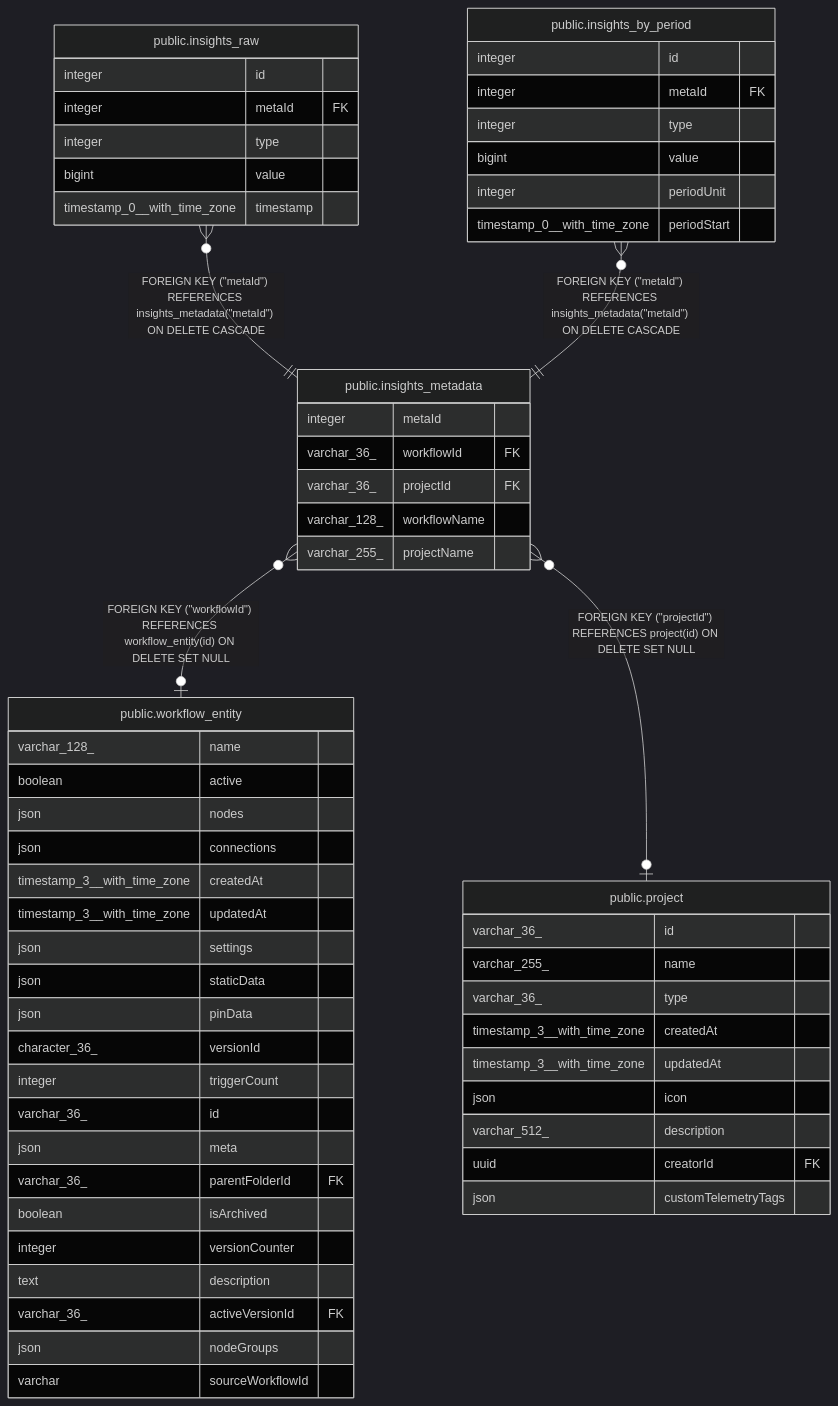
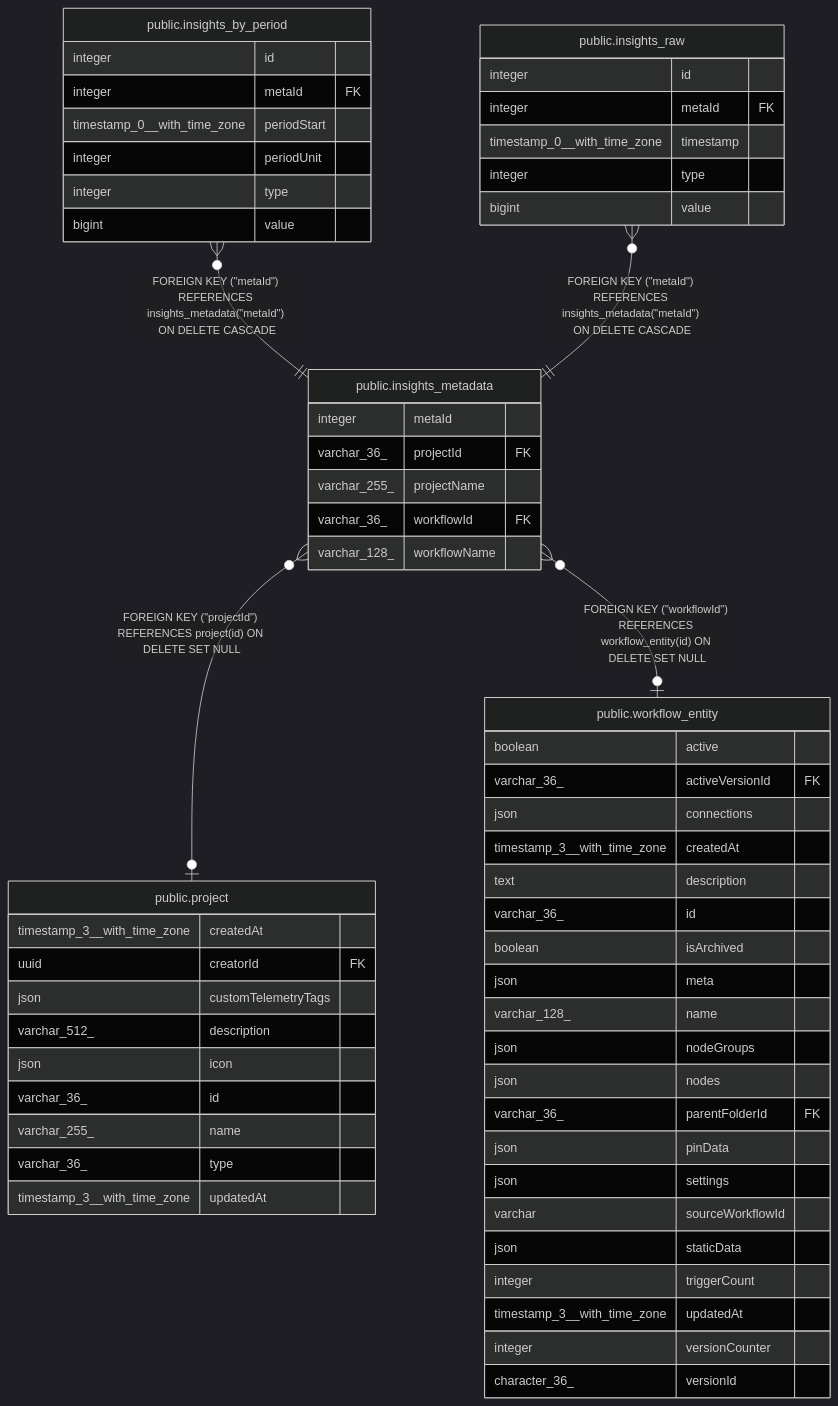
The diagram in docs/generated/postgres-schema/public.insights_metadata.md (mayankjain1815-commits/n8n), drawn with Mermaid (dark theme) before and after one commit. The commit also changed other lines of this file and 221 other files, not shown here.

Commit message:
chore(core): Make DB schema docs generation deterministic (#32373)

````diff
--- a/docs/generated/postgres-schema/public.insights_metadata.md
+++ b/docs/generated/postgres-schema/public.insights_metadata.md
@@ -33,64 +33,64 @@
 ```mermaid
 erDiagram
 
+"public.insights_by_period" }o--|| "public.insights_metadata" : "FOREIGN KEY (#quot;metaId#quot;) REFERENCES insights_metadata(#quot;metaId#quot;) ON DELETE CASCADE"
 "public.insights_raw" }o--|| "public.insights_metadata" : "FOREIGN KEY (#quot;metaId#quot;) REFERENCES insights_metadata(#quot;metaId#quot;) ON DELETE CASCADE"
-"public.insights_by_period" }o--|| "public.insights_metadata" : "FOREIGN KEY (#quot;metaId#quot;) REFERENCES insights_metadata(#quot;metaId#quot;) ON DELETE CASCADE"
+"public.insights_metadata" }o--o| "public.project" : "FOREIGN KEY (#quot;projectId#quot;) REFERENCES project(id) ON DELETE SET NULL"
 "public.insights_metadata" }o--o| "public.workflow_entity" : "FOREIGN KEY (#quot;workflowId#quot;) REFERENCES workflow_entity(id) ON DELETE SET NULL"
-"public.insights_metadata" }o--o| "public.project" : "FOREIGN KEY (#quot;projectId#quot;) REFERENCES project(id) ON DELETE SET NULL"
 
 "public.insights_metadata" {
   integer metaId
+  varchar_36_ projectId FK
+  varchar_255_ projectName
   varchar_36_ workflowId FK
-  varchar_36_ projectId FK
   varchar_128_ workflowName
-  varchar_255_ projectName
+}
+"public.insights_by_period" {
+  integer id
+  integer metaId FK
+  timestamp_0__with_time_zone periodStart
+  integer periodUnit
+  integer type
+  bigint value
 }
 "public.insights_raw" {
   integer id
   integer metaId FK
+  timestamp_0__with_time_zone timestamp
   integer type
   bigint value
-  timestamp_0__with_time_zone timestamp
-}
-"public.insights_by_period" {
-  integer id
-  integer metaId FK
-  integer type
-  bigint value
-  integer periodUnit
-  timestamp_0__with_time_zone periodStart
-}
-"public.workflow_entity" {
-  varchar_128_ name
-  boolean active
-  json nodes
-  json connections
-  timestamp_3__with_time_zone createdAt
-  timestamp_3__with_time_zone updatedAt
-  json settings
-  json staticData
-  json pinData
-  character_36_ versionId
-  integer triggerCount
-  varchar_36_ id
-  json meta
-  varchar_36_ parentFolderId FK
-  boolean isArchived
-  integer versionCounter
-  text description
-  varchar_36_ activeVersionId FK
-  json nodeGroups
-  varchar sourceWorkflowId
 }
 "public.project" {
+  timestamp_3__with_time_zone createdAt
+  uuid creatorId FK
+  json customTelemetryTags
+  varchar_512_ description
+  json icon
   varchar_36_ id
   varchar_255_ name
   varchar_36_ type
+  timestamp_3__with_time_zone updatedAt
+}
+"public.workflow_entity" {
+  boolean active
+  varchar_36_ activeVersionId FK
+  json connections
   timestamp_3__with_time_zone createdAt
+  text description
+  varchar_36_ id
+  boolean isArchived
+  json meta
+  varchar_128_ name
+  json nodeGroups
+  json nodes
+  varchar_36_ parentFolderId FK
+  json pinData
+  json settings
+  varchar sourceWorkflowId
+  json staticData
+  integer triggerCount
   timestamp_3__with_time_zone updatedAt
-  json icon
-  varchar_512_ description
-  uuid creatorId FK
-  json customTelemetryTags
+  integer versionCounter
+  character_36_ versionId
 }
 ```
````
